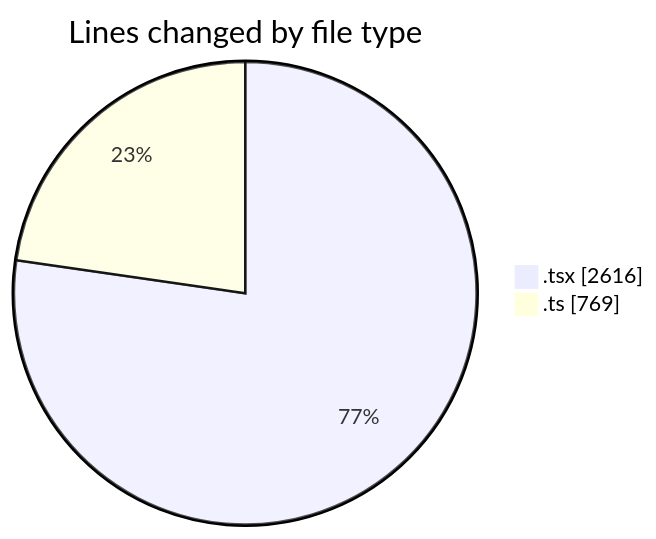
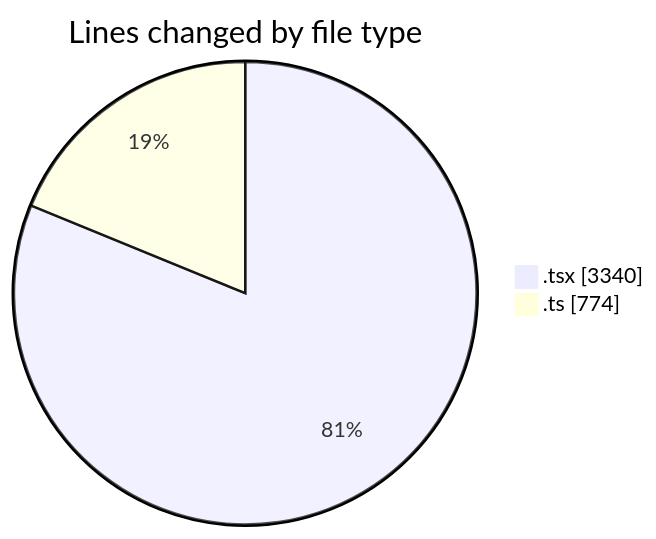
The first of 2 diagrams in 2026-04-03/nxtqube_webapp/README.md (nxtqubesakshisongat/code-tracking), drawn with Mermaid before and after one commit. The commit also changed other lines of this file and 1 other file, not shown here.

````diff
--- a/2026-04-03/nxtqube_webapp/README.md
+++ b/2026-04-03/nxtqube_webapp/README.md
@@ -23,6 +24,6 @@
 ```mermaid
 pie showData
 title Lines changed by file type
-".tsx" : 2616
-".ts" : 769
+".tsx" : 3340
+".ts" : 774
 ```
````
